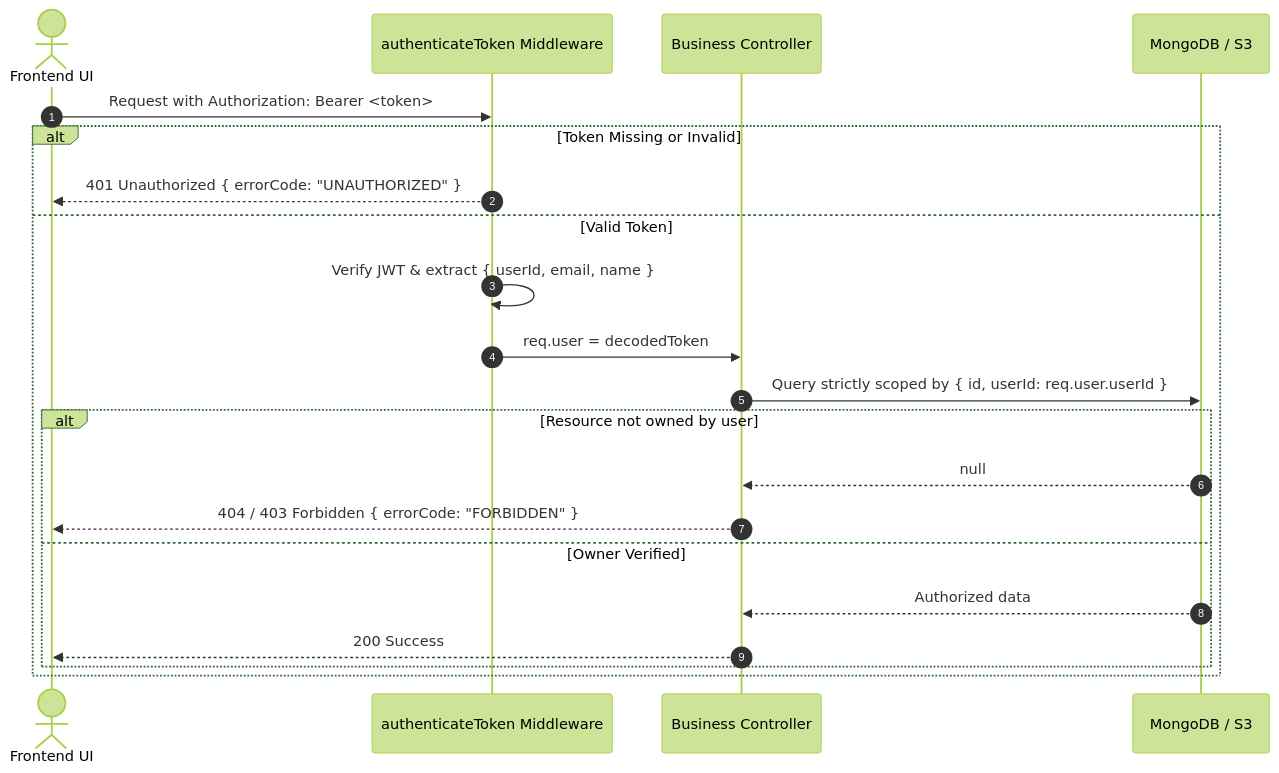
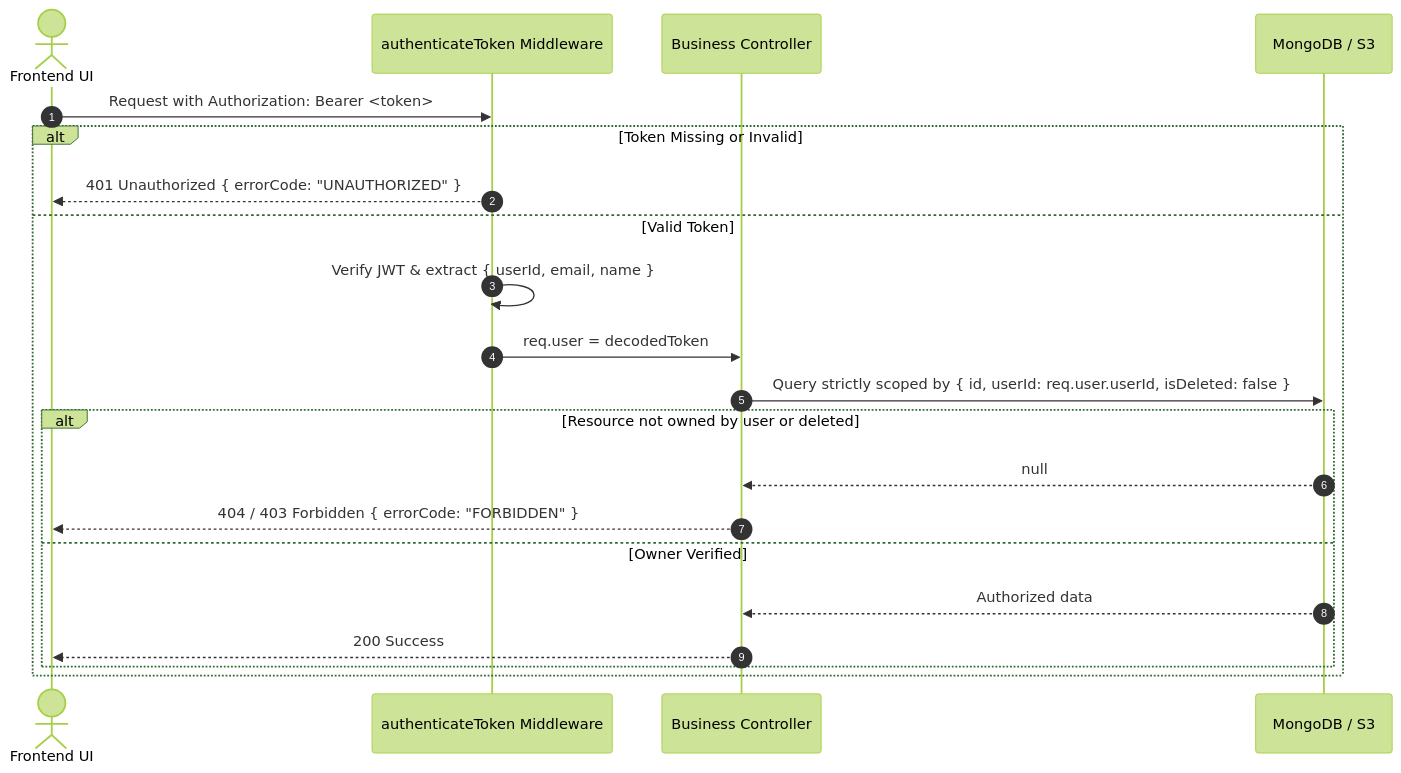
One commit to Mohim-Singla/document_processor changed the second of 2 diagrams in BE_TRD.md. Above: the diagram before and after it, drawn with Mermaid (forest theme). The commit also changed other lines of this file and 3 other files, not shown here.

````diff
--- a/BE_TRD.md
+++ b/BE_TRD.md
@@ -187,24 +199,24 @@
 ```mermaid
 sequenceDiagram
     autonumber
     actor Client as Frontend UI
     participant Middleware as authenticateToken Middleware
     participant Controller as Business Controller
     participant DB as MongoDB / S3
 
     Client->>Middleware: Request with Authorization: Bearer <token>
     alt Token Missing or Invalid
         Middleware-->>Client: 401 Unauthorized { errorCode: "UNAUTHORIZED" }
     else Valid Token
         Middleware->>Middleware: Verify JWT & extract { userId, email, name }
         Middleware->>Controller: req.user = decodedToken
-        Controller->>DB: Query strictly scoped by { id, userId: req.user.userId }
-        alt Resource not owned by user
+        Controller->>DB: Query strictly scoped by { id, userId: req.user.userId, isDeleted: false }
+        alt Resource not owned by user or deleted
             DB-->>Controller: null
             Controller-->>Client: 404 / 403 Forbidden { errorCode: "FORBIDDEN" }
         else Owner Verified
             DB-->>Controller: Authorized data
             Controller-->>Client: 200 Success
         end
     end
 ```
````
